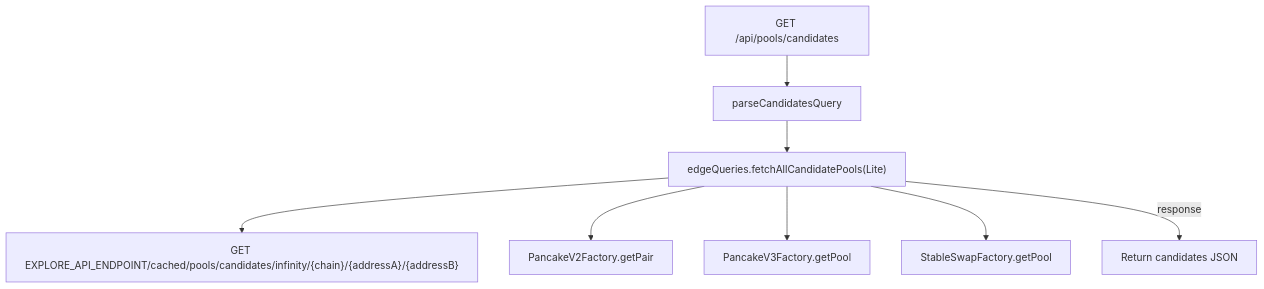
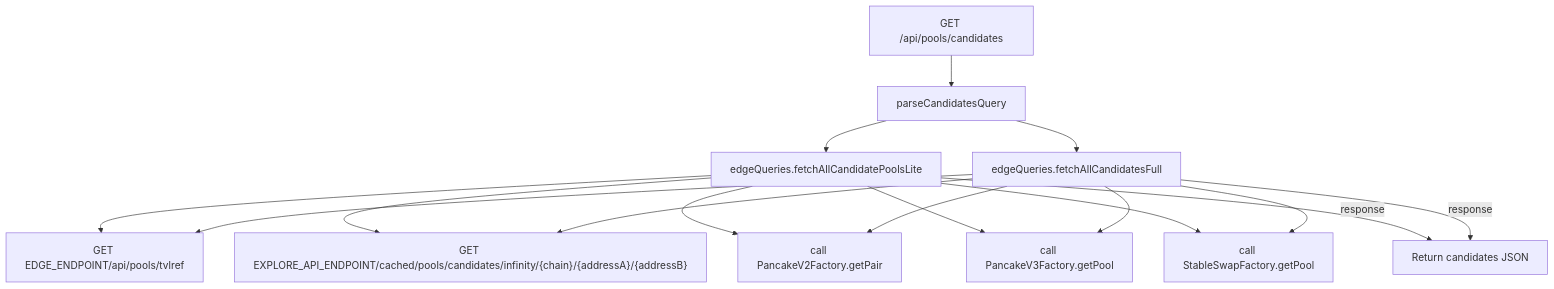
The third of 3 diagrams in apps/web/src/quoter/viz.md (chef-ryan/pancake-frontend), drawn with Mermaid before and after one commit. The commit also changed other lines of this file, not shown here.

````diff
--- a/apps/web/src/quoter/viz.md
+++ b/apps/web/src/quoter/viz.md
@@ -66,11 +76,19 @@
 ```mermaid
 flowchart TD
     H["GET /api/pools/candidates"]
     H --> PARSE[parseCandidatesQuery]
-    PARSE --> EDGE["edgeQueries.fetchAllCandidatePools(Lite)"]
-    EDGE --> INF["GET EXPLORE_API_ENDPOINT/cached/pools/candidates/infinity/{chain}/{addressA}/{addressB}"]
-    EDGE --> V2F["PancakeV2Factory.getPair"]
-    EDGE --> V3F["PancakeV3Factory.getPool"]
-    EDGE --> STF["StableSwapFactory.getPool"]
-    EDGE -->|response| RES[Return candidates JSON]
+    PARSE --> EDGE_LITE["edgeQueries.fetchAllCandidatePoolsLite"]
+    PARSE --> EDGE_FULL["edgeQueries.fetchAllCandidatesFull"]
+    EDGE_LITE --> TVL["GET EDGE_ENDPOINT/api/pools/tvlref"]
+    EDGE_FULL --> TVL
+    EDGE_LITE --> INF["GET EXPLORE_API_ENDPOINT/cached/pools/candidates/infinity/{chain}/{addressA}/{addressB}"]
+    EDGE_FULL --> INF
+    EDGE_LITE --> V2F["call PancakeV2Factory.getPair"]
+    EDGE_LITE --> V3F["call PancakeV3Factory.getPool"]
+    EDGE_LITE --> STF["call StableSwapFactory.getPool"]
+    EDGE_FULL --> V2F
+    EDGE_FULL --> V3F
+    EDGE_FULL --> STF
+    EDGE_LITE -->|response| RES[Return candidates JSON]
+    EDGE_FULL -->|response| RES
 ```
````
